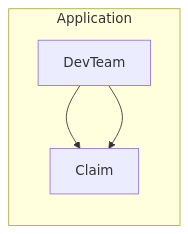
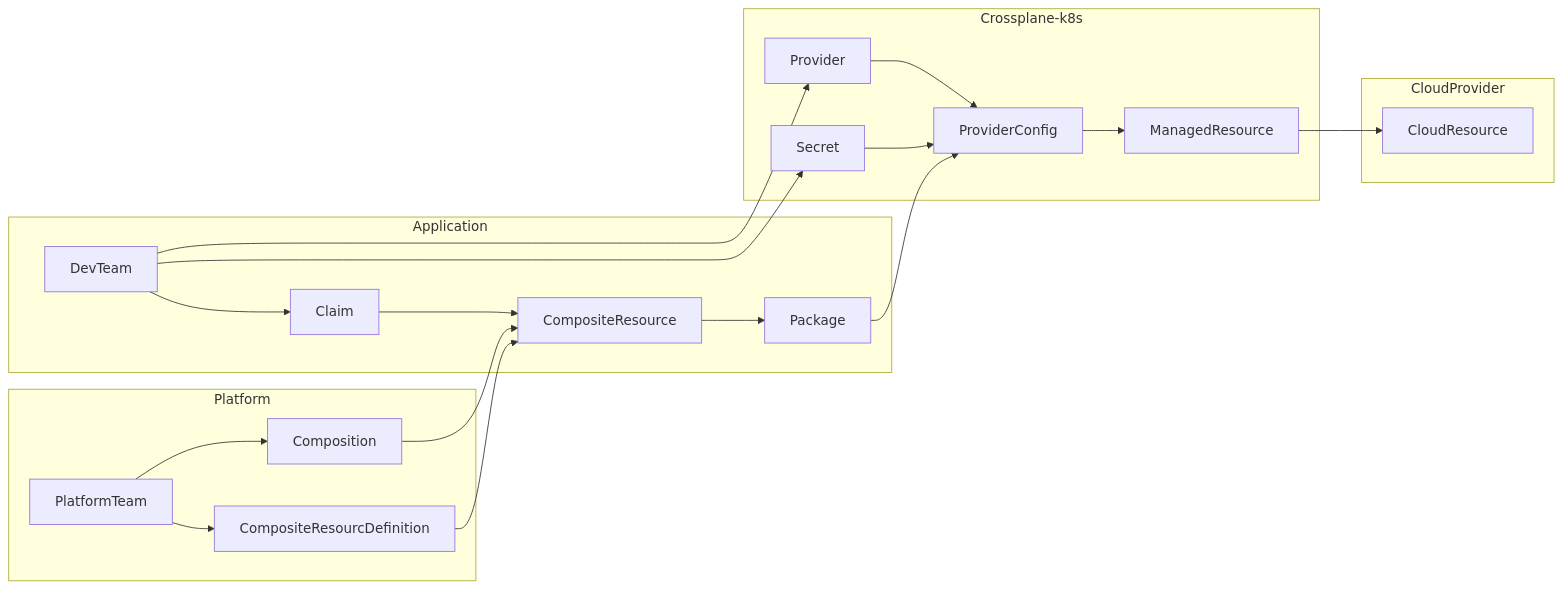
One commit to nietakipawel/crossplane-claim changed the third of 3 diagrams in README.md. Above: the diagram before and after it, drawn with Mermaid. The commit also changed other lines of this file, not shown here.

````diff
--- a/README.md
+++ b/README.md
@@ -12,11 +84,28 @@
 ```mermaid
 flowchart LR
     subgraph Application
-    DevTeam-->Claim
+        DevTeam-->Claim
+        Claim-->CompositeResource
+    CompositeResource-->Package
     end
-        subgraph Application
-    DevTeam-->Claim
+    subgraph Platform
+    PlatformTeam-->Composition
+    PlatformTeam-->CompositeResourcDefinition
+    Composition-->CompositeResource
+    CompositeResourcDefinition-->CompositeResource
     end
 
+    subgraph Crossplane-k8s
+    DevTeam-->Provider
+    Provider-->ProviderConfig
+    DevTeam-->Secret
+    Secret-->ProviderConfig
+    ProviderConfig-->ManagedResource
+    Package-->ProviderConfig
+    end
+
+    subgraph CloudProvider
+    ManagedResource-->CloudResource
+    end
 
 ```
````
